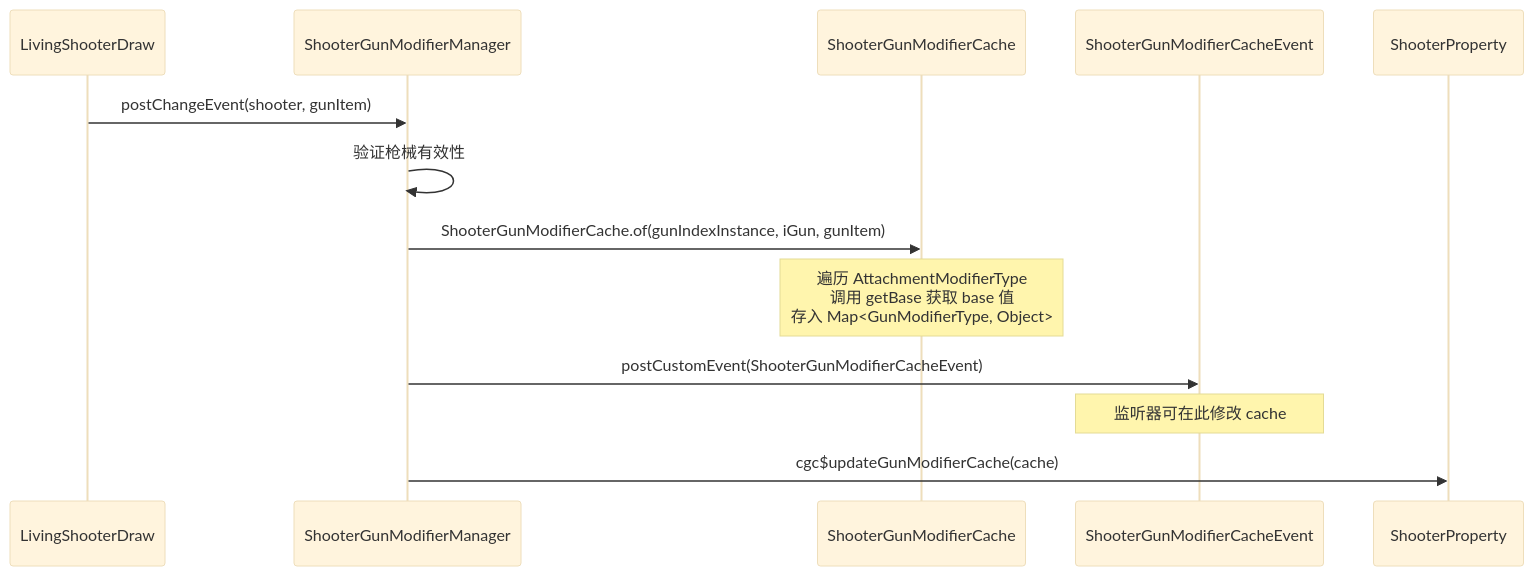
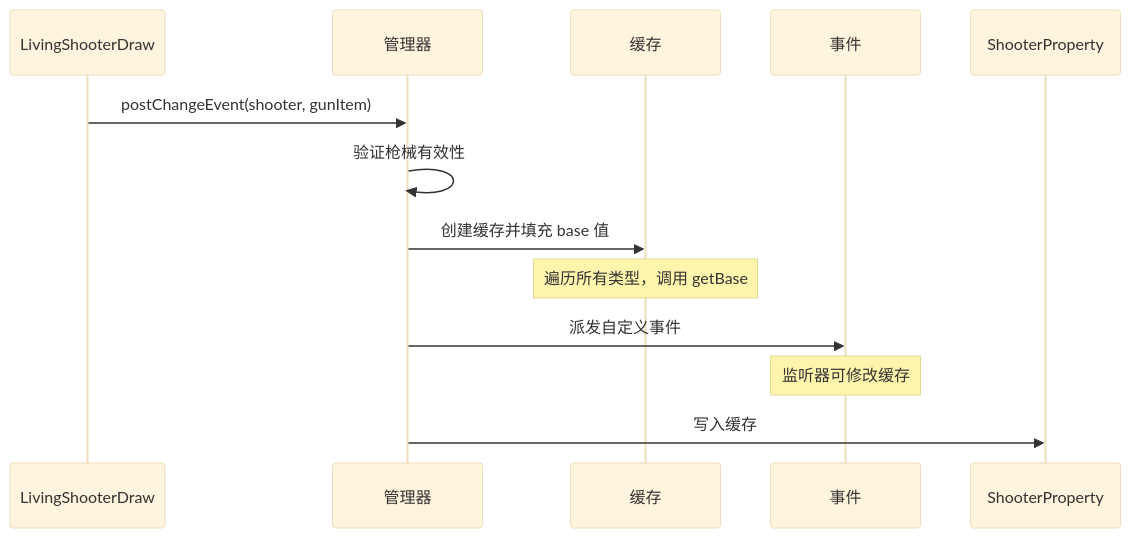
The third of 3 diagrams in docs/architecture/core/entity/shooter/modifier/cache-system.md (XColorful/Custom-Gun-Continued), drawn with Mermaid (base theme) before and after one commit. The commit also changed other lines of this file and 11 other files, not shown here.

````diff
--- a/docs/architecture/core/entity/shooter/modifier/cache-system.md
+++ b/docs/architecture/core/entity/shooter/modifier/cache-system.md
@@ -70,16 +52,16 @@
 ```mermaid
 sequenceDiagram
     participant Draw as LivingShooterDraw
-    participant SGMM as ShooterGunModifierManager
-    participant SGMC as ShooterGunModifierCache
-    participant Event as ShooterGunModifierCacheEvent
+    participant SGMM as 管理器
+    participant SGMC as 缓存
+    participant Event as 事件
     participant SP as ShooterProperty
 
     Draw->>SGMM: postChangeEvent(shooter, gunItem)
     SGMM->>SGMM: 验证枪械有效性
-    SGMM->>SGMC: ShooterGunModifierCache.of(gunIndexInstance, iGun, gunItem)
-    Note over SGMC: 遍历 AttachmentModifierType<br/>调用 getBase 获取 base 值<br/>存入 Map<GunModifierType, Object>
-    SGMM->>Event: postCustomEvent(ShooterGunModifierCacheEvent)
-    Note over Event: 监听器可在此修改 cache
-    SGMM->>SP: cgc$updateGunModifierCache(cache)
+    SGMM->>SGMC: 创建缓存并填充 base 值
+    Note over SGMC: 遍历所有类型，调用 getBase
+    SGMM->>Event: 派发自定义事件
+    Note over Event: 监听器可修改缓存
+    SGMM->>SP: 写入缓存
 ```
````
